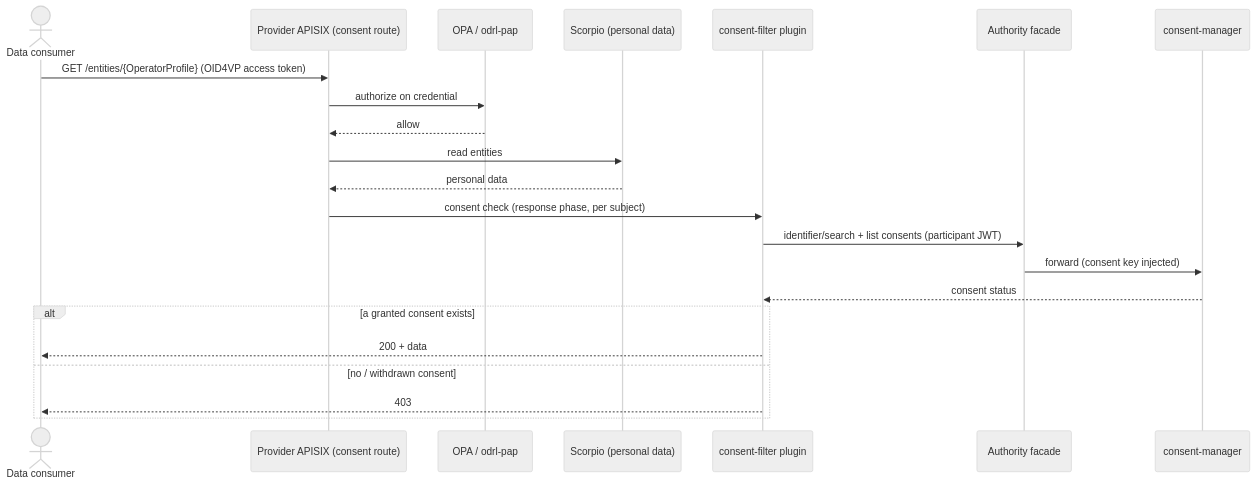
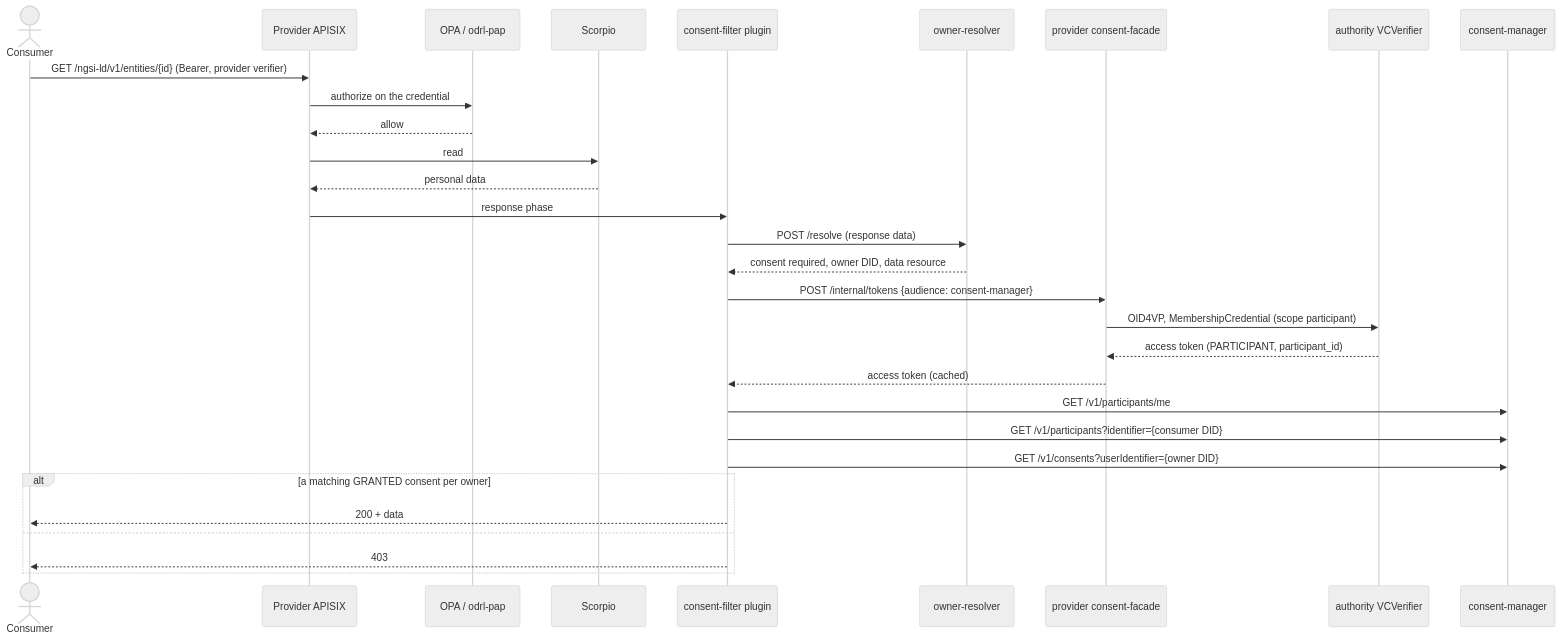
One commit to FIWARE/data-space-connector changed the diagram in doc/CONSENT_MANAGEMENT.md. Above: the diagram before and after it, drawn with Mermaid (neutral theme). The commit also changed other lines of this file and 1 other file, not shown here.

First line of the commit message:
Ticket #109: rewrite CONSENT_MANAGEMENT.md for dsc-consent-manager

````diff
--- a/doc/CONSENT_MANAGEMENT.md
+++ b/doc/CONSENT_MANAGEMENT.md
@@ -294,25 +358,33 @@
 ```mermaid
 sequenceDiagram
-  actor cons as Data consumer
-  participant apisix as Provider APISIX (consent route)
+  actor cons as Consumer
+  participant apisix as Provider APISIX
   participant opa as OPA / odrl-pap
-  participant scorpio as Scorpio (personal data)
+  participant scorpio as Scorpio
   participant plugin as consent-filter plugin
-  participant fac as Authority facade
+  participant or as owner-resolver
+  participant pcf as provider consent-facade
+  participant ver as authority VCVerifier
   participant cm as consent-manager
 
-  cons->>apisix: GET /entities/{OperatorProfile} (OID4VP access token)
-  apisix->>opa: authorize on credential
+  cons->>apisix: GET /ngsi-ld/v1/entities/{id} (Bearer, provider verifier)
+  apisix->>opa: authorize on the credential
   opa-->>apisix: allow
-  apisix->>scorpio: read entities
+  apisix->>scorpio: read
   scorpio-->>apisix: personal data
-  apisix->>plugin: consent check (response phase, per subject)
-  plugin->>fac: identifier/search + list consents (participant JWT)
-  fac->>cm: forward (consent key injected)
-  cm-->>plugin: consent status
-  alt a granted consent exists
+  apisix->>plugin: response phase
+  plugin->>or: POST /resolve (response data)
+  or-->>plugin: consent required, owner DID, data resource
+  plugin->>pcf: POST /internal/tokens {audience: consent-manager}
+  pcf->>ver: OID4VP, MembershipCredential (scope participant)
+  ver-->>pcf: access token (PARTICIPANT, participant_id)
+  pcf-->>plugin: access token (cached)
+  plugin->>cm: GET /v1/participants/me
+  plugin->>cm: GET /v1/participants?identifier={consumer DID}
+  plugin->>cm: GET /v1/consents?userIdentifier={owner DID}
+  alt a matching GRANTED consent per owner
     plugin-->>cons: 200 + data
-  else no / withdrawn consent
+  else
     plugin-->>cons: 403
   end
 ```
````
